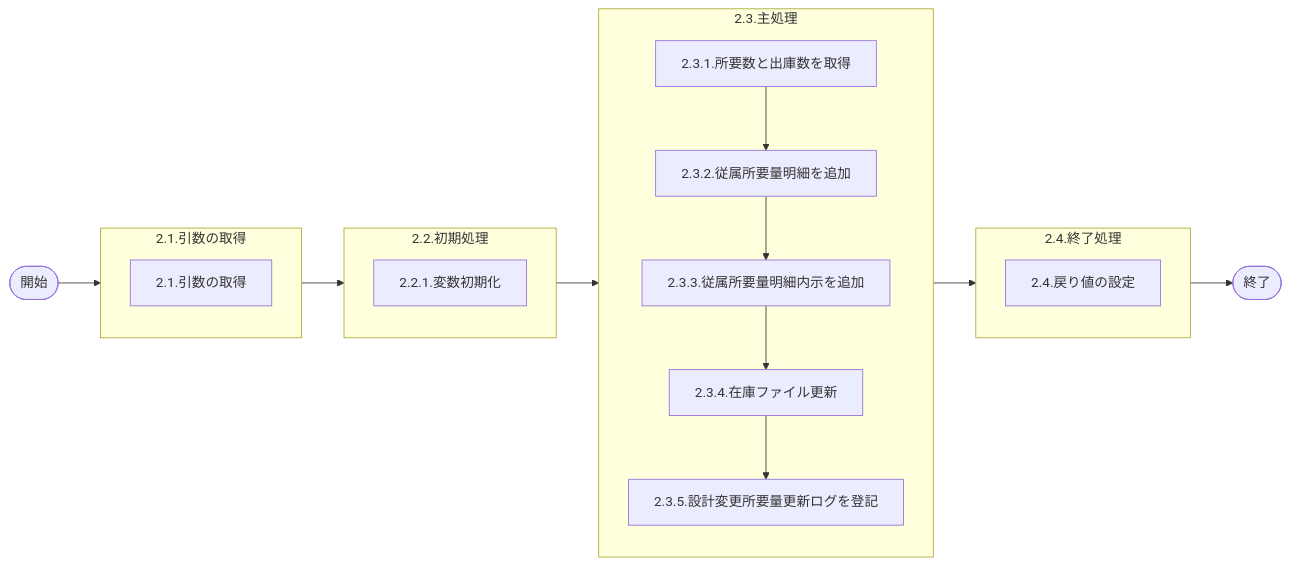
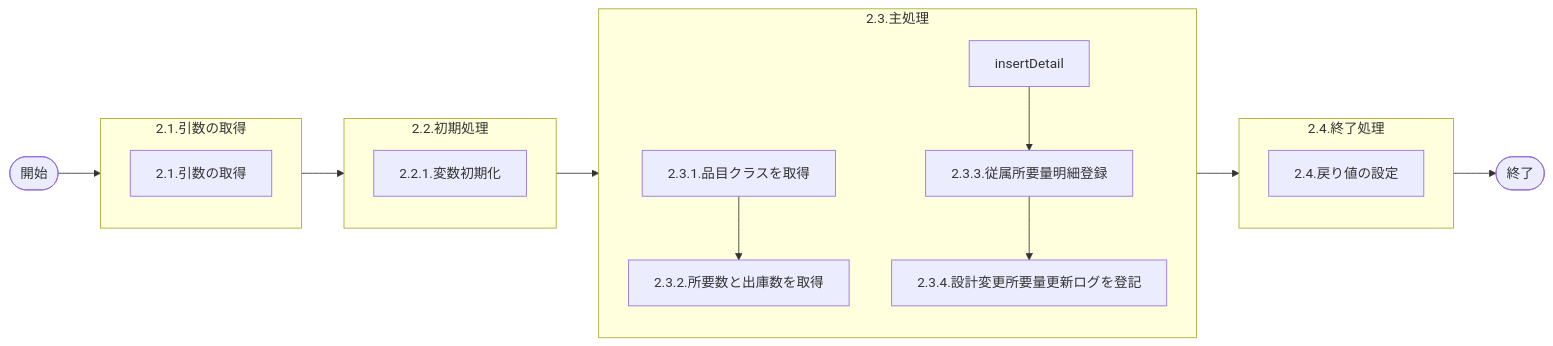
One commit to huangyiyong-xm/GIMAC_IC_design changed the diagram in LDPS0001_02_詳細設計_従属所要量明細追加処理.md. Above: the diagram before and after it, drawn with Mermaid. The commit also changed other lines of this file and 3 other files, not shown here.

````diff
--- a/LDPS0001_02_詳細設計_従属所要量明細追加処理.md
+++ b/LDPS0001_02_詳細設計_従属所要量明細追加処理.md
@@ -20,33 +20,32 @@
 ```mermaid
 flowchart LR
    %% メインフローブランチ
    start(["開始"]) --> argBlock --> initBlock --> mainBlock --> endBlock --> endStatus(["終了"])
  
    %% 引数処理詳細フロー
    subgraph argBlock ["2.1.引数の取得"]
      arg_process_and_check["<div style='white-space: nowrap;'>2.1.引数の取得</div>"]
    end
  
    %% 初期処理詳細フロー
    subgraph initBlock ["2.2.初期処理"]
       init_process["<div style='white-space: nowrap;'>2.2.1.変数初期化</div>"]
    end
  
    %% 主処理詳細フロー
    subgraph mainBlock ["2.3.主処理"]
-    main_process["<div style='white-space: nowrap;'>2.3.1.所要数と出庫数を取得</div>"] 
-     main_process -->  insertDetail["<div style='white-space: nowrap;'>2.3.2.従属所要量明細を追加</div>"] 
-     insertDetail -->  insertDetail2["<div style='white-space: nowrap;'>2.3.3.従属所要量明細内示を追加</div>"] 
-     insertDetail2 --> callSp["<div style='white-space: nowrap;'>2.3.4.在庫ファイル更新</div>"] 
-     callSp --> logInsert["<div style='white-space: nowrap;'>2.3.5.設計変更所要量更新ログを登記</div>"] 
+    main_process["<div style='white-space: nowrap;'>2.3.1.品目クラスを取得</div>"] 
+     main_process -->  getQty["<div style='white-space: nowrap;'>2.3.2.所要数と出庫数を取得</div>"] 
+     insertDetail -->  callSp["<div style='white-space: nowrap;'>2.3.3.従属所要量明細登録</div>"] 
+     callSp --> logInsert["<div style='white-space: nowrap;'>2.3.4.設計変更所要量更新ログを登記</div>"] 
 
    end
  
    %% 終了処理
    subgraph endBlock ["2.4.終了処理"]
      end_process["<div style='white-space: nowrap;'>2.4.戻り値の設定</div>"]
    end
  
    class start,end_process startEnd
    class arg_process,init_process,main_process process
 ```
````
